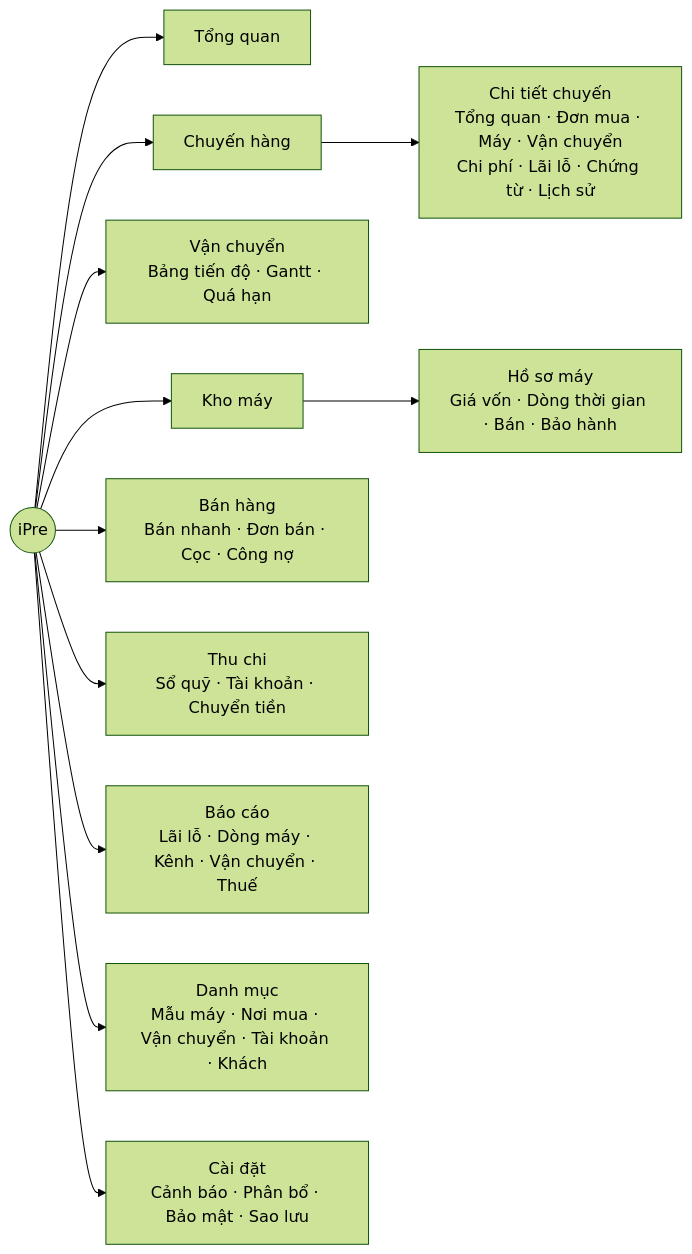
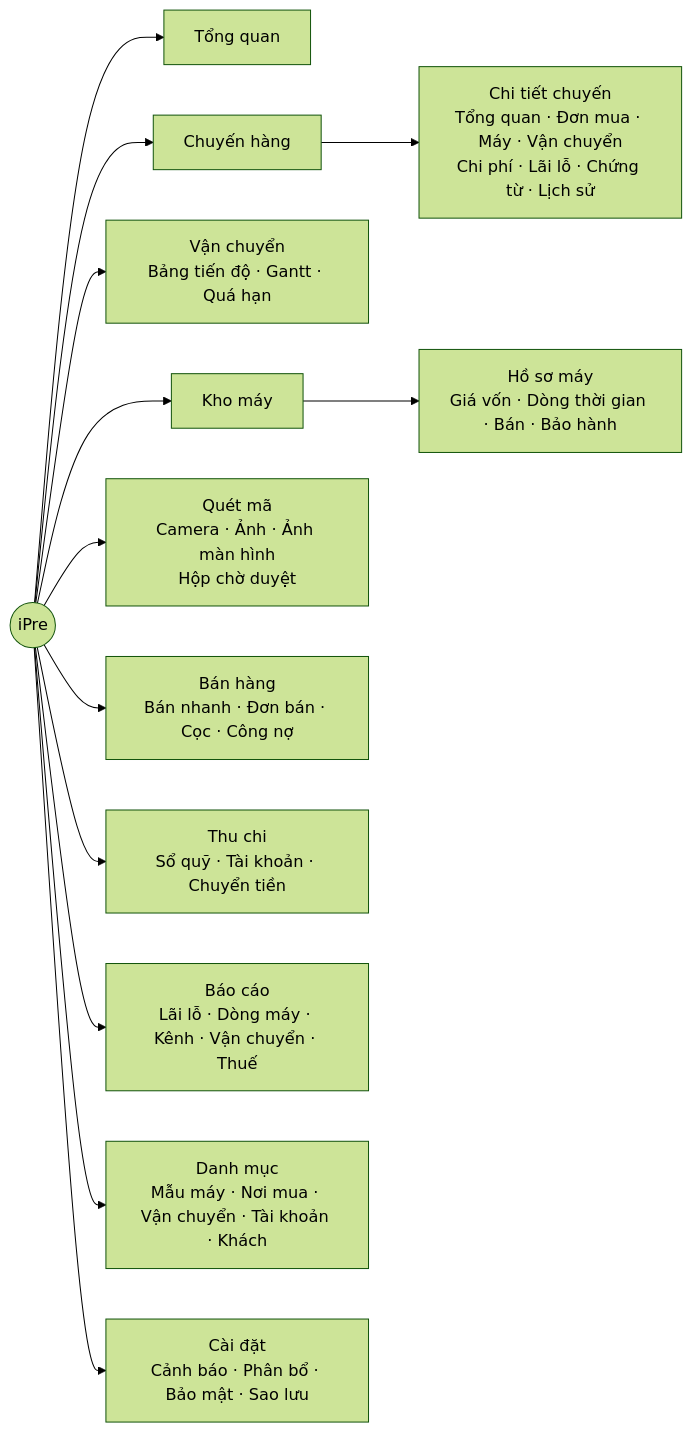
The first of 2 diagrams in docs/05-frontend.md (willmichco/iPre-He-Thong-Quan-Tri), drawn with Mermaid (forest theme) before and after one commit. The commit also changed other lines of this file and 8 other files, not shown here.

First line of the commit message:
Thiết kế quét IMEI/Serial/mã máy bằng hình ảnh và khung nhập liệu tay

````diff
--- a/docs/05-frontend.md
+++ b/docs/05-frontend.md
@@ -16,14 +16,15 @@
 ```mermaid
 flowchart LR
     ROOT((iPre)) --> TQ[Tổng quan]
     ROOT --> CH[Chuyến hàng]
     CH --> CHD[Chi tiết chuyến<br/>Tổng quan · Đơn mua · Máy · Vận chuyển<br/>Chi phí · Lãi lỗ · Chứng từ · Lịch sử]
     ROOT --> VC[Vận chuyển<br/>Bảng tiến độ · Gantt · Quá hạn]
     ROOT --> KHO[Kho máy]
     KHO --> HS[Hồ sơ máy<br/>Giá vốn · Dòng thời gian · Bán · Bảo hành]
+    ROOT --> QM[Quét mã<br/>Camera · Ảnh · Ảnh màn hình<br/>Hộp chờ duyệt]
     ROOT --> BH[Bán hàng<br/>Bán nhanh · Đơn bán · Cọc · Công nợ]
     ROOT --> TC[Thu chi<br/>Sổ quỹ · Tài khoản · Chuyển tiền]
     ROOT --> BC[Báo cáo<br/>Lãi lỗ · Dòng máy · Kênh · Vận chuyển · Thuế]
     ROOT --> DM[Danh mục<br/>Mẫu máy · Nơi mua · Vận chuyển · Tài khoản · Khách]
     ROOT --> CD[Cài đặt<br/>Cảnh báo · Phân bổ · Bảo mật · Sao lưu]
 ```
````
